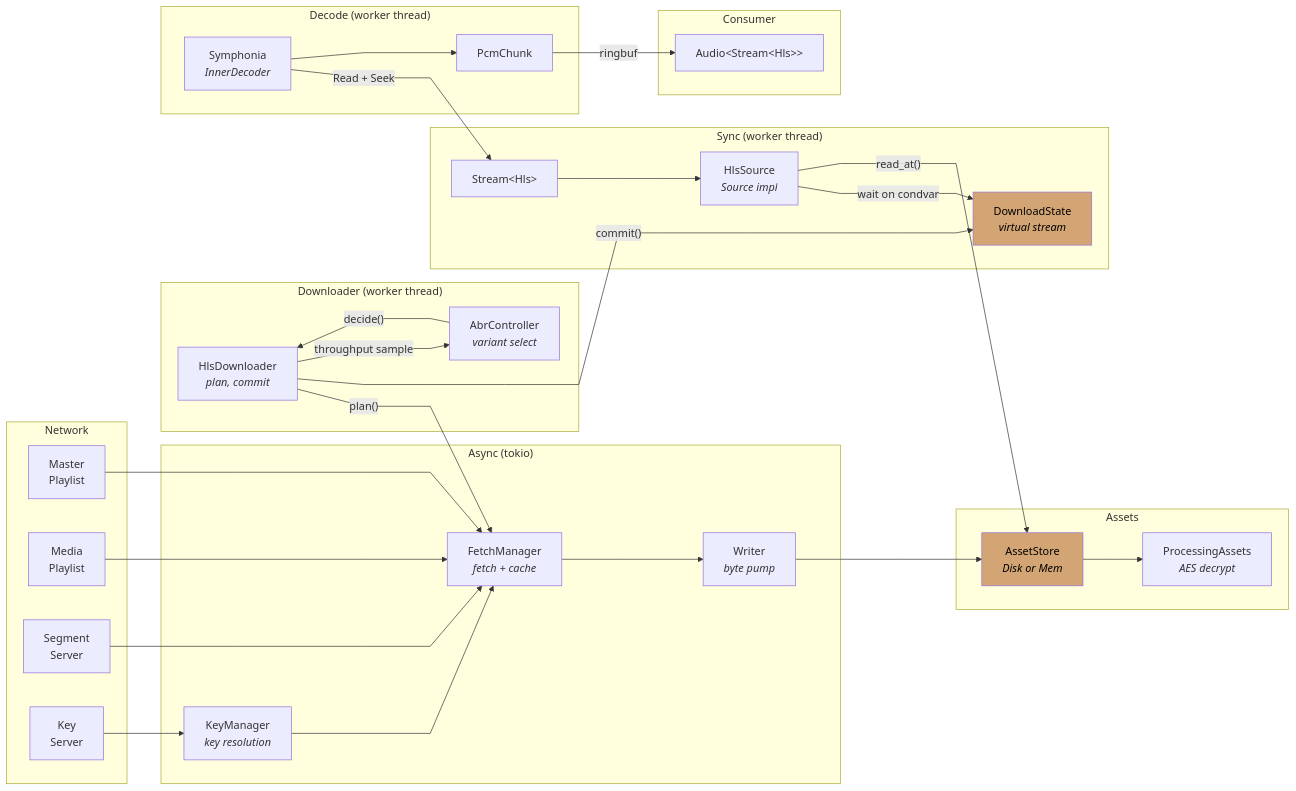
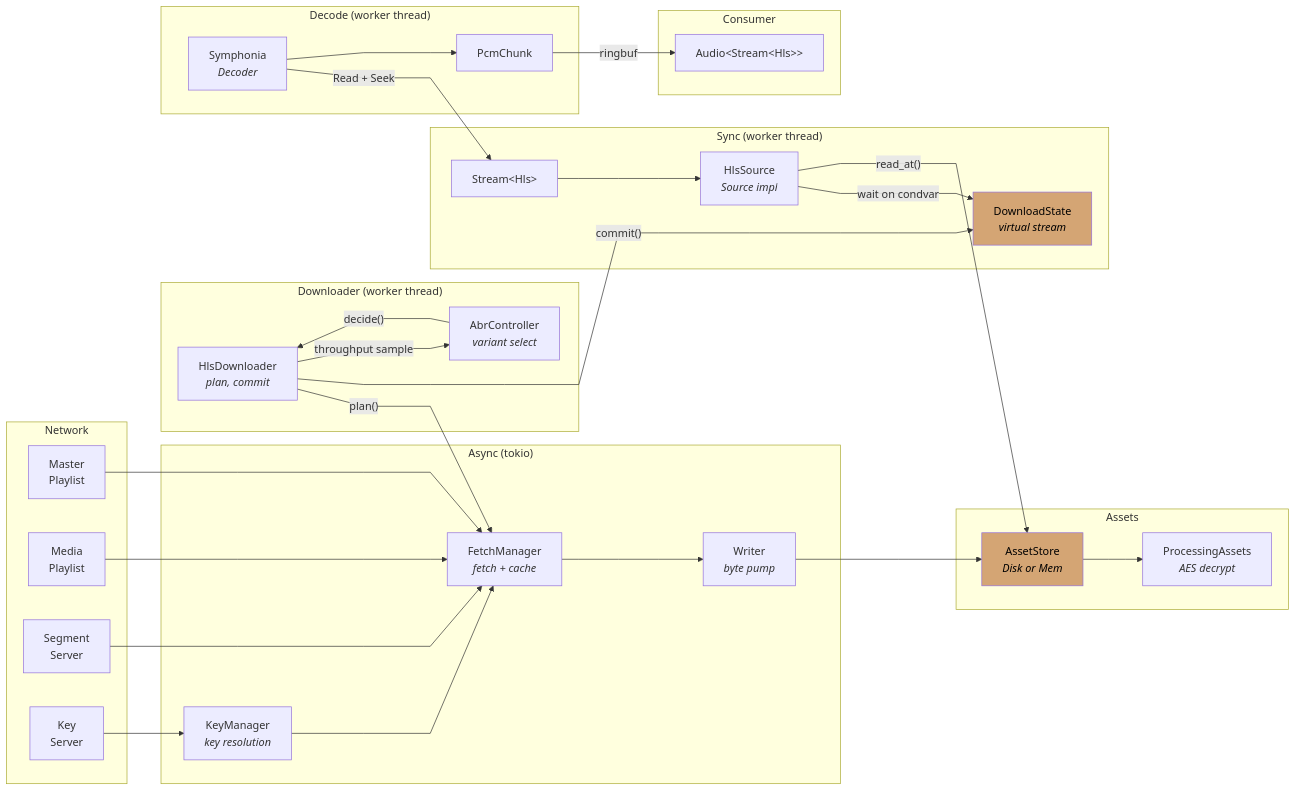
One commit to zvuk/kithara changed the first of 3 diagrams in crates/kithara-hls/README.md. Above: the diagram before and after it, drawn with Mermaid. The commit also changed 113 other files, not shown here.

````diff
--- a/crates/kithara-hls/README.md
+++ b/crates/kithara-hls/README.md
@@ -30,63 +30,63 @@
 ```mermaid
 %%{init: {"flowchart": {"curve": "linear"}} }%%
 flowchart LR
     subgraph Network
         MasterPL["Master<br/>Playlist"]
         MediaPL["Media<br/>Playlist"]
         SegSrv["Segment<br/>Server"]
         KeySrv["Key<br/>Server"]
     end
 
     subgraph "Async (tokio)"
         FM["FetchManager<br/><i>fetch + cache</i>"]
         KM["KeyManager<br/><i>key resolution</i>"]
         W["Writer<br/><i>byte pump</i>"]
     end
 
     subgraph "Downloader (worker thread)"
         DL["HlsDownloader<br/><i>plan, commit</i>"]
         ABR["AbrController<br/><i>variant select</i>"]
     end
 
     subgraph "Assets"
         AB["AssetStore<br/><i>Disk or Mem</i>"]
         Proc["ProcessingAssets<br/><i>AES decrypt</i>"]
     end
 
     subgraph "Sync (worker thread)"
         HS["HlsSource<br/><i>Source impl</i>"]
         SI["DownloadState<br/><i>virtual stream</i>"]
         StreamH["Stream&lt;Hls&gt;"]
     end
 
     subgraph "Decode (worker thread)"
-        Dec["Symphonia<br/><i>InnerDecoder</i>"]
+        Dec["Symphonia<br/><i>Decoder</i>"]
         PCM2["PcmChunk"]
     end
 
     subgraph "Consumer"
         Audio2["Audio&lt;Stream&lt;Hls&gt;&gt;"]
     end
 
     MasterPL --> FM
     MediaPL --> FM
     SegSrv --> FM
     KeySrv --> KM
     KM --> FM
     FM --> W
     W --> AB
     AB --> Proc
     DL -- "plan()" --> FM
     DL -- "commit()" --> SI
     ABR -- "decide()" --> DL
     DL -- "throughput sample" --> ABR
     HS -- "wait on condvar" --> SI
     HS -- "read_at()" --> AB
     StreamH --> HS
     Dec -- "Read + Seek" --> StreamH
     Dec --> PCM2
     PCM2 -- "ringbuf" --> Audio2
 
     style SI fill:#d4a574,color:#000
     style AB fill:#d4a574,color:#000
 ```
````
